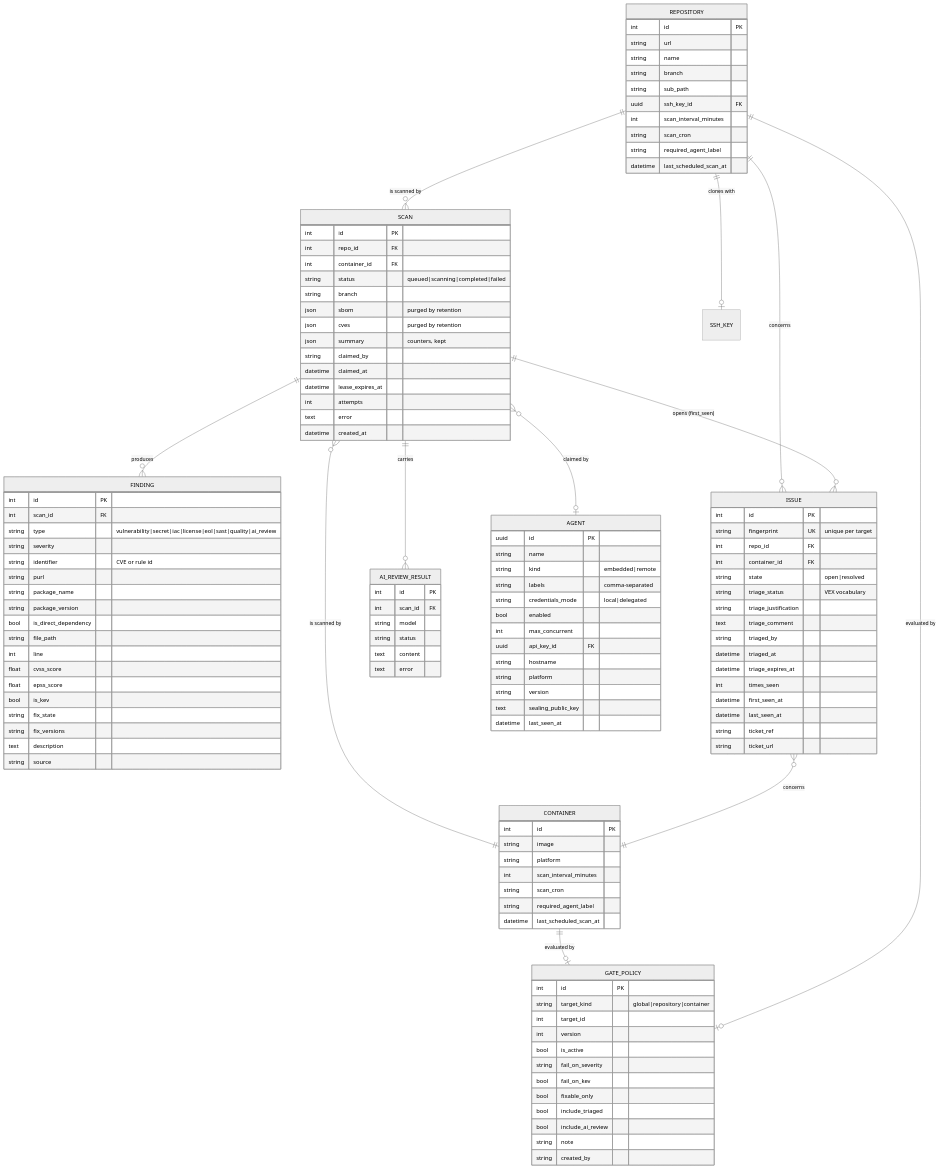
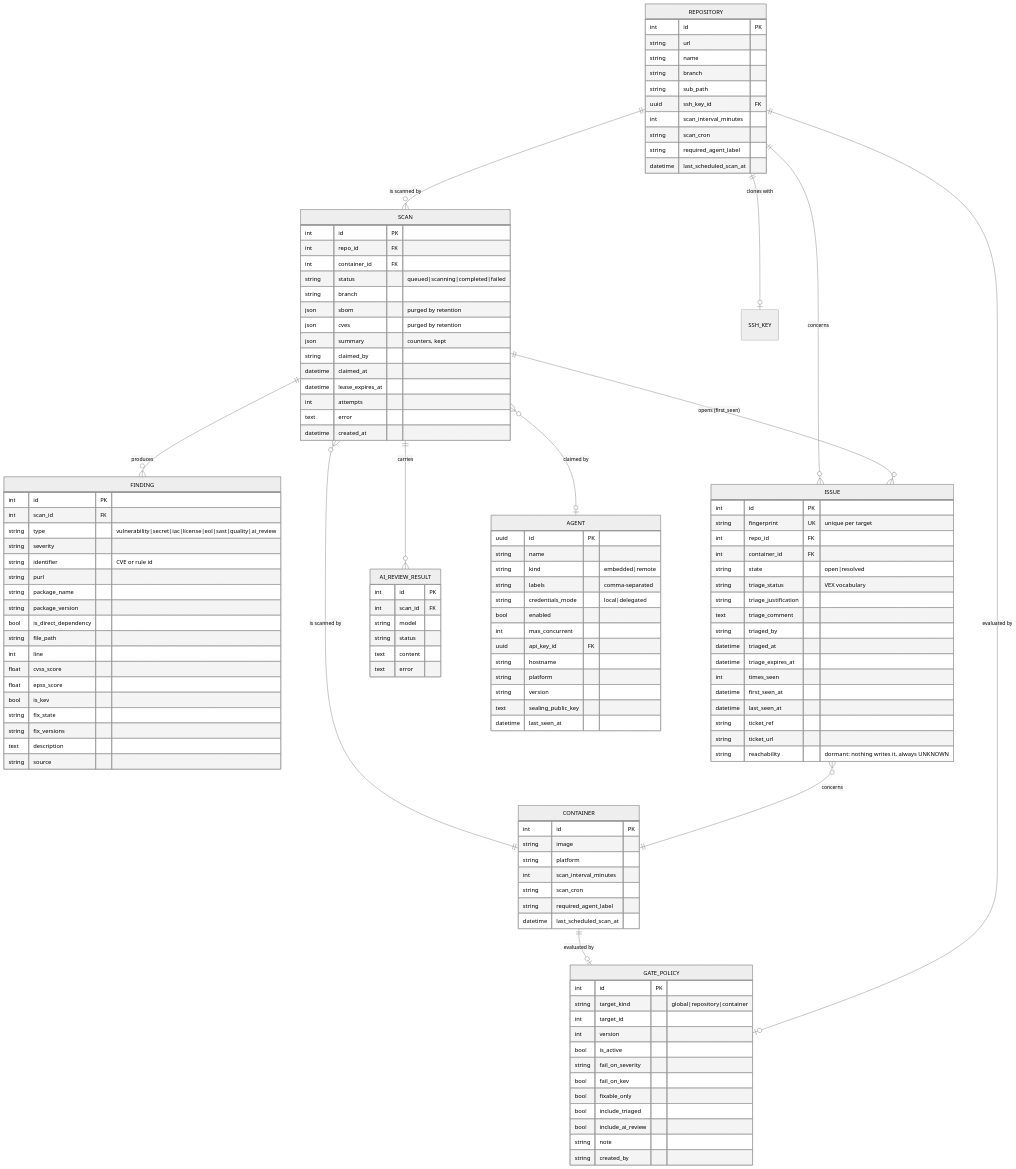
The second of 3 diagrams in docs/en/TECHNICAL_DOCUMENTATION.md (asmolabs/vectispire), drawn with Mermaid (neutral theme) before and after one commit. The commit also changed other lines of this file and 13 other files, not shown here.

```diff
--- a/docs/en/TECHNICAL_DOCUMENTATION.md
+++ b/docs/en/TECHNICAL_DOCUMENTATION.md
@@ -196,6 +196,7 @@
         datetime last_seen_at
         string ticket_ref
         string ticket_url
+        string reachability "dormant: nothing writes it, always UNKNOWN"
     }
     AI_REVIEW_RESULT {
         int id PK
```
